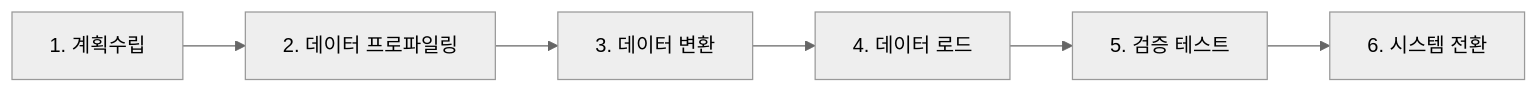
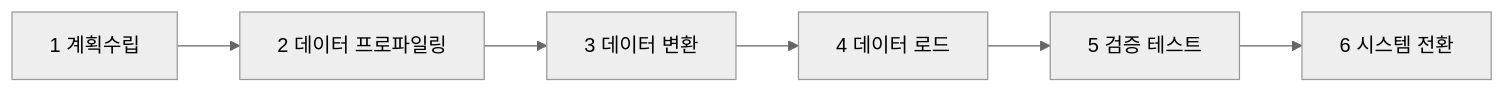
Before and after one commit to gracefullight/gracefullight.github.io: the first of 2 diagrams in blog/pe/db/data-migration.md, drawn with Mermaid (neutral theme). The commit also changed other lines of this file and 18 other files, not shown here.

````diff
--- a/blog/pe/db/data-migration.md
+++ b/blog/pe/db/data-migration.md
@@ -20,5 +20,5 @@
 ```mermaid
 graph LR
-  계획수립[1. 계획수립] --> 데이터프로파일링[2. 데이터 프로파일링] --> 데이터변환[3. 데이터 변환]
-  데이터변환 --> 데이터로드[4. 데이터 로드] --> 검증테스트[5. 검증 테스트] --> 시스템전환[6. 시스템 전환]
+  계획수립[1 계획수립] --> 데이터프로파일링[2 데이터 프로파일링] --> 데이터변환[3 데이터 변환]
+  데이터변환 --> 데이터로드[4 데이터 로드] --> 검증테스트[5 검증 테스트] --> 시스템전환[6 시스템 전환]
 ```
````
